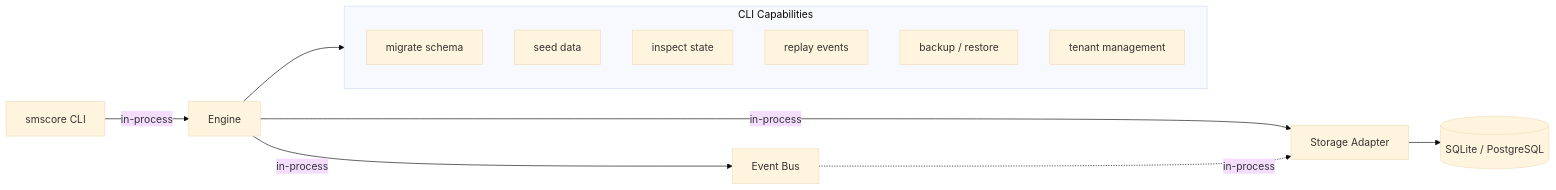
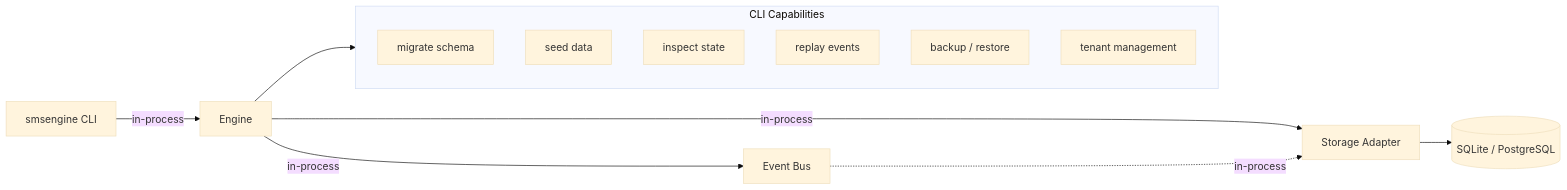
Before and after one commit to beznet22/educore: the fifth of 10 diagrams in docs/diagrams/deployment-map.md, drawn with Mermaid (base theme). The commit also changed other lines of this file and 233 other files, not shown here.

Commit message:
feat: initialize project structure with core crates, multi-engine storage support, and comprehensive architectural documentation

````diff
--- a/docs/diagrams/deployment-map.md
+++ b/docs/diagrams/deployment-map.md
@@ -178,20 +178,20 @@
 ```mermaid
 graph LR
-    CLI[smscore CLI]
+    CLI[smsengine CLI]
     CLI -->|in-process| Engine[Engine]
     Engine -->|in-process| Storage[Storage Adapter]
     Engine -->|in-process| EventBus[Event Bus]
     Storage --> DB[(SQLite / PostgreSQL)]
     EventBus -.->|in-process| Storage
 
     subgraph capabilities [CLI Capabilities]
         Migrate[migrate schema]
         Seed[seed data]
         Inspect[inspect state]
         Replay[replay events]
         Backup[backup / restore]
         TenantMgmt[tenant management]
     end
 
     Engine --> capabilities
 ```
````
